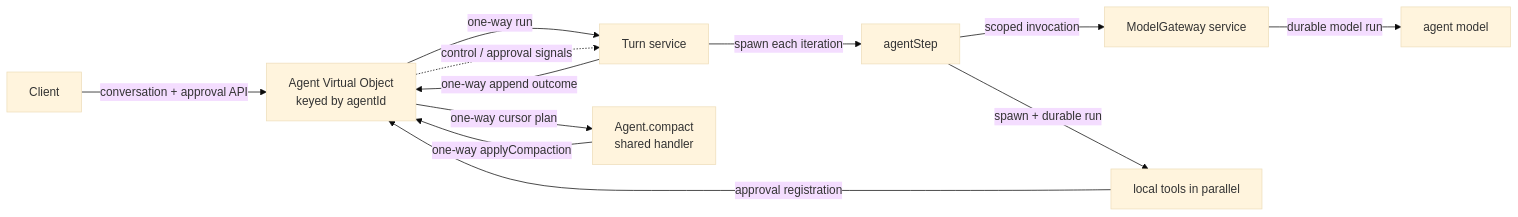
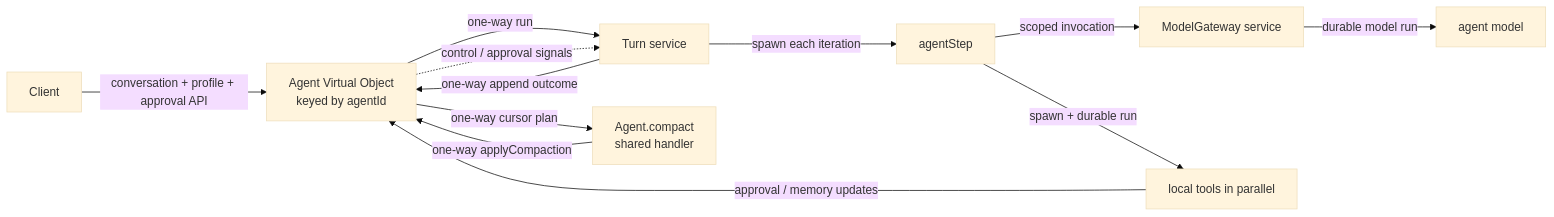
One commit to restatedev/agent changed the diagram in README.md. Above: the diagram before and after it, drawn with Mermaid (base theme). The commit also changed other lines of this file and 11 other files, not shown here.

````diff
--- a/README.md
+++ b/README.md
@@ -7,14 +7,14 @@
 ```mermaid
 flowchart LR
-  Client -->|"conversation + approval API"| Agent["Agent Virtual Object\nkeyed by agentId"]
+  Client -->|"conversation + profile + approval API"| Agent["Agent Virtual Object\nkeyed by agentId"]
   Agent -->|"one-way run"| Turn["Turn service"]
   Agent -.->|"control / approval signals"| Turn
   Turn -->|"spawn each iteration"| Step["agentStep"]
   Step -->|"scoped invocation"| Gateway["ModelGateway service"]
   Gateway -->|"durable model run"| Model["agent model"]
   Step -->|"spawn + durable run"| Tools["local tools in parallel"]
-  Tools -->|"approval registration"| Agent
+  Tools -->|"approval / memory updates"| Agent
   Turn -->|"one-way append outcome"| Agent
   Agent -->|"one-way cursor plan"| Compactor["Agent.compact\nshared handler"]
   Compactor -->|"one-way applyCompaction"| Agent
 ```
````
